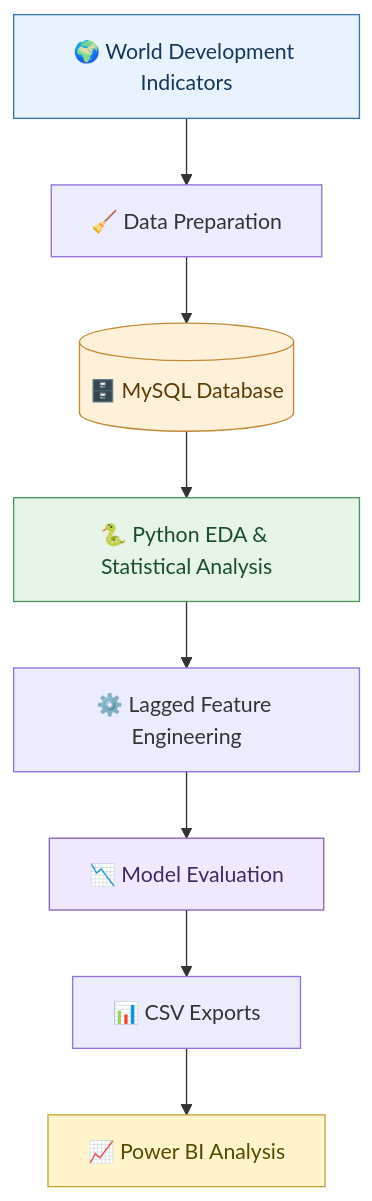
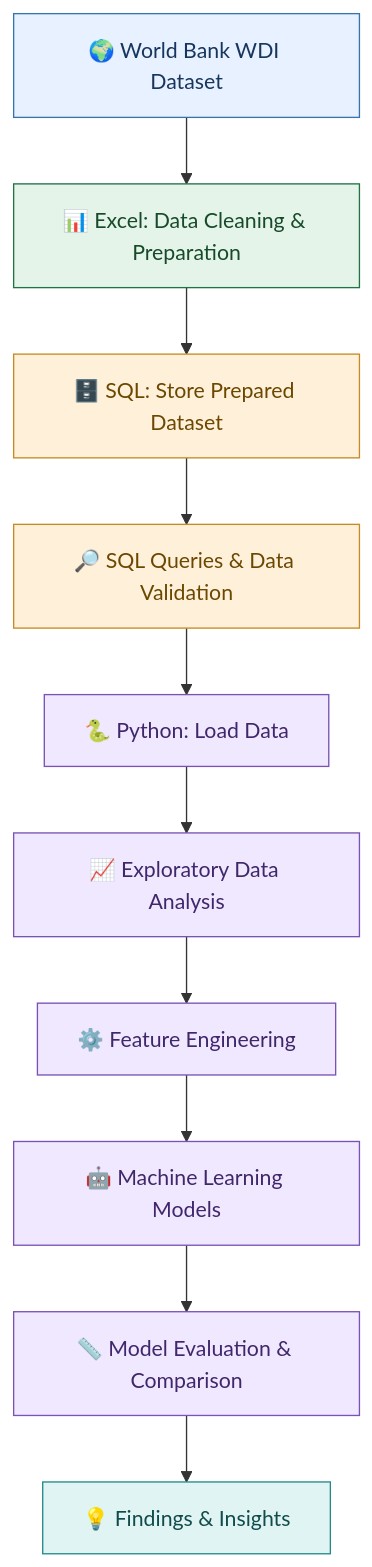
One commit to Ranjeetha19/global-development-analytics changed the diagram in README.md. Above: the diagram before and after it, drawn with Mermaid. The commit also changed other lines of this file, not shown here.

````diff
--- a/README.md
+++ b/README.md
@@ -28,16 +28,24 @@
 ```mermaid
 flowchart TD
-    A["🌍 World Development Indicators"] --> B["🧹 Data Preparation"]
-    B --> C[("🗄️ MySQL Database")]
-    C --> D["🐍 Python EDA & Statistical Analysis"]
-    D --> E["⚙️ Lagged Feature Engineering"]
-    E --> F["📉 Model Evaluation"]
-    F --> G["📊 CSV Exports"]
-    G --> H["📈 Power BI Analysis"]
+    A["🌍 World Bank WDI Dataset"] --> B["📊 Excel: Data Cleaning & Preparation"]
+    B --> C["🗄️ SQL: Store Prepared Dataset"]
+    C --> D["🔎 SQL Queries & Data Validation"]
+    D --> E["🐍 Python: Load Data"]
+    E --> F["📈 Exploratory Data Analysis"]
+    F --> G["⚙️ Feature Engineering"]
+    G --> H["🤖 Machine Learning Models"]
+    H --> I["📏 Model Evaluation & Comparison"]
+    I --> J["💡 Findings & Insights"]
 
-    style A fill:#E8F3FF,stroke:#3973AC,color:#17365D
-    style C fill:#FFF0D9,stroke:#C28A36,color:#5C3B08
-    style D fill:#E7F5E8,stroke:#4B9560,color:#194D2B
-    style F fill:#F0E8FF,stroke:#8764B8,color:#3F2865
-    style H fill:#FFF4CC,stroke:#C6A33B,color:#5A4700
+    classDef source fill:#E8F1FF,stroke:#3973AC,color:#17365D
+    classDef excel fill:#E4F4E8,stroke:#217346,color:#174A2A
+    classDef sql fill:#FFF0D9,stroke:#C58B27,color:#6B4700
+    classDef python fill:#F0E8FF,stroke:#7952B3,color:#40276B
+    classDef result fill:#E0F4F4,stroke:#248A8A,color:#124B4B
+
+    class A source
+    class B excel
+    class C,D sql
+    class E,F,G,H,I python
+    class J result
 ```
````
